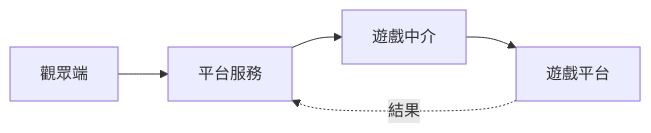
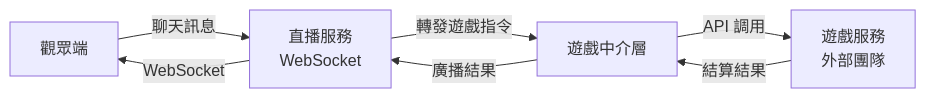
One commit to mike504110403/liveKit-demo changed the sixth of 6 diagrams in ARCHITECTURE.md. Above: the diagram before and after it, drawn with Mermaid. The commit also changed other lines of this file and 1 other file, not shown here.

````diff
--- a/ARCHITECTURE.md
+++ b/ARCHITECTURE.md
@@ -126,7 +133,9 @@
 ```mermaid
 graph LR
-    A[觀眾端] --> B[平台服務]
-    B --> C[遊戲中介]
-    C --> D[遊戲平台]
-    D -.結果.-> B
+    A[觀眾端] -->|聊天訊息| B[直播服務<br/>WebSocket]
+    B -->|轉發遊戲指令| C[遊戲中介層]
+    C -->|API 調用| D[遊戲服務<br/>外部團隊]
+    D -->|結算結果| C
+    C -->|廣播結果| B
+    B -->|WebSocket| A
 ```
````
